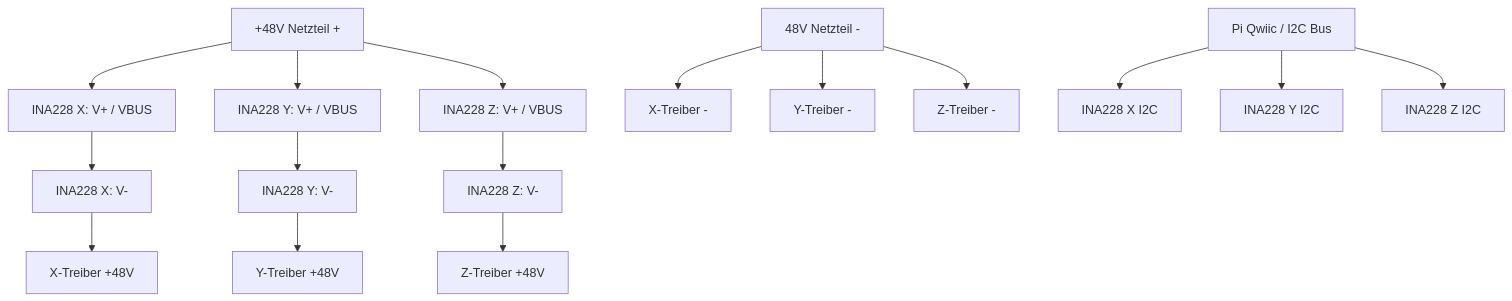
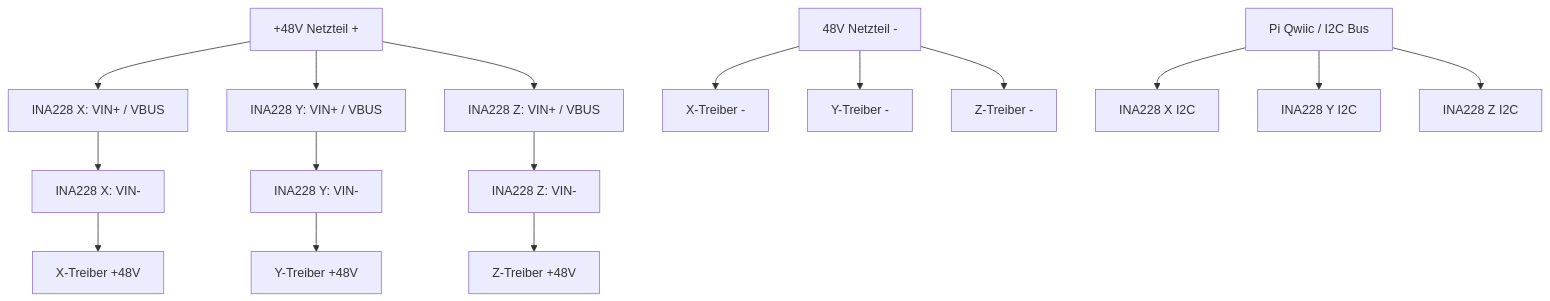
One commit to GERGto/CNC_Dashboard changed the diagram in docs/hardware/adafruit-ina228-axis-load-sensors.md. Above: the diagram before and after it, drawn with Mermaid. The commit also changed other lines of this file and 1 other file, not shown here.

Commit message:
docs: add hardware wiring schematics

````diff
--- a/docs/hardware/adafruit-ina228-axis-load-sensors.md
+++ b/docs/hardware/adafruit-ina228-axis-load-sensors.md
@@ -114,24 +124,24 @@
 ```mermaid
 flowchart TB
     PSU_PLUS["+48V Netzteil +"]
     PSU_MINUS["48V Netzteil -"]
 
-    PSU_PLUS --> INA_X_P["INA228 X: V+ / VBUS"]
-    INA_X_P --> INA_X_M["INA228 X: V-"]
+    PSU_PLUS --> INA_X_P["INA228 X: VIN+ / VBUS"]
+    INA_X_P --> INA_X_M["INA228 X: VIN-"]
     INA_X_M --> DRV_X_P["X-Treiber +48V"]
     PSU_MINUS --> DRV_X_M["X-Treiber -"]
 
-    PSU_PLUS --> INA_Y_P["INA228 Y: V+ / VBUS"]
-    INA_Y_P --> INA_Y_M["INA228 Y: V-"]
+    PSU_PLUS --> INA_Y_P["INA228 Y: VIN+ / VBUS"]
+    INA_Y_P --> INA_Y_M["INA228 Y: VIN-"]
     INA_Y_M --> DRV_Y_P["Y-Treiber +48V"]
     PSU_MINUS --> DRV_Y_M["Y-Treiber -"]
 
-    PSU_PLUS --> INA_Z_P["INA228 Z: V+ / VBUS"]
-    INA_Z_P --> INA_Z_M["INA228 Z: V-"]
+    PSU_PLUS --> INA_Z_P["INA228 Z: VIN+ / VBUS"]
+    INA_Z_P --> INA_Z_M["INA228 Z: VIN-"]
     INA_Z_M --> DRV_Z_P["Z-Treiber +48V"]
     PSU_MINUS --> DRV_Z_M["Z-Treiber -"]
 
     PI_BUS["Pi Qwiic / I2C Bus"] --> INA_X_I2C["INA228 X I2C"]
     PI_BUS --> INA_Y_I2C["INA228 Y I2C"]
     PI_BUS --> INA_Z_I2C["INA228 Z I2C"]
 ```
````
